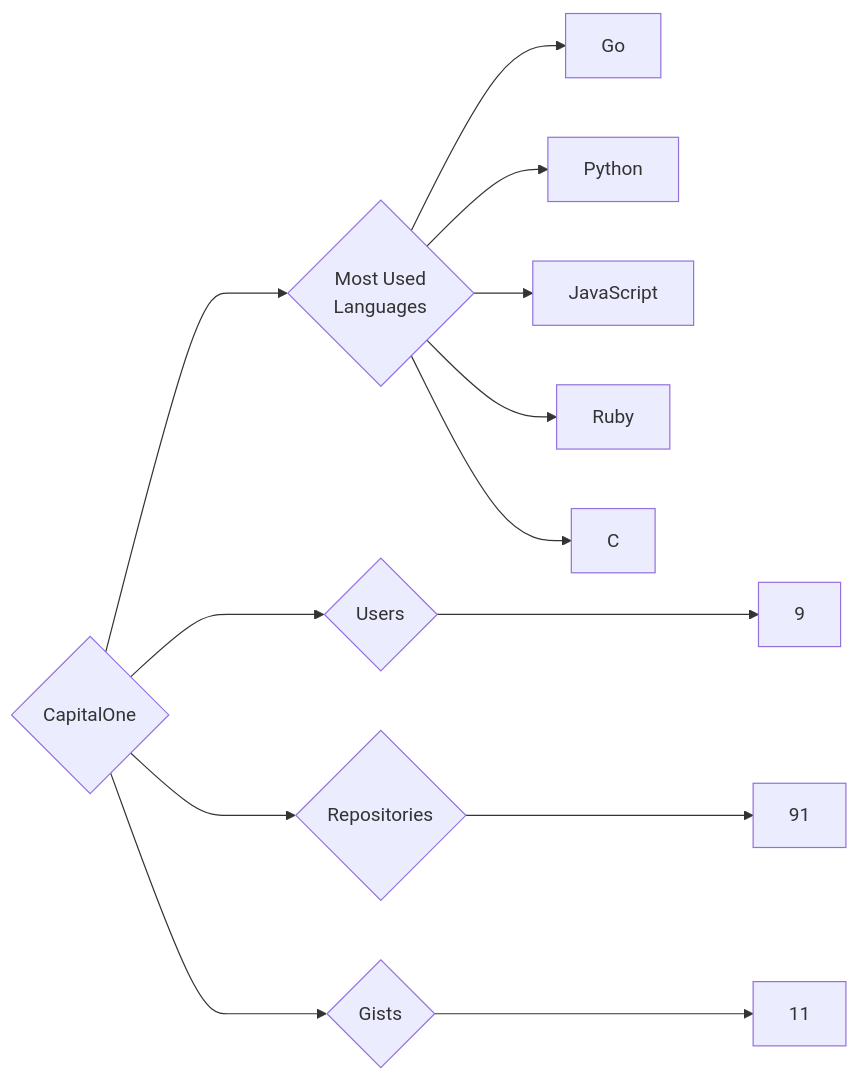
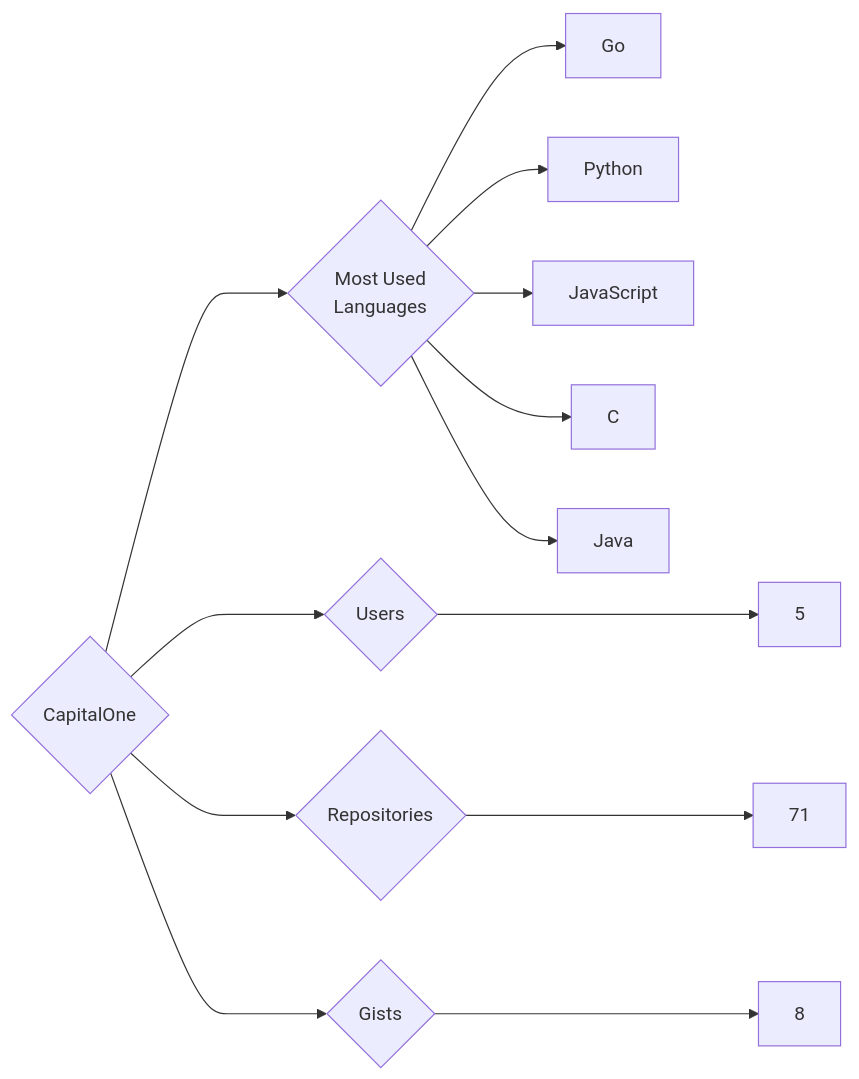
Before and after one commit to trickest/insiders: the diagram in targets/CapitalOne/README.md, drawn with Mermaid. The commit also changed 965 other files, not shown here.

````diff
--- a/targets/CapitalOne/README.md
+++ b/targets/CapitalOne/README.md
@@ -3,13 +3,13 @@
 ```mermaid
 graph LR
 COMPANY_NAME{CapitalOne}
-COMPANY_NAME ---> U{Users} ---> UN[9]
-COMPANY_NAME ---> R{Repositories} ---> RN[91]
-COMPANY_NAME ---> G{Gists} ---> GN[11]
+COMPANY_NAME ---> U{Users} ---> UN[5]
+COMPANY_NAME ---> R{Repositories} ---> RN[71]
+COMPANY_NAME ---> G{Gists} ---> GN[8]
 COMPANY_NAME ---> ML{Most Used<br>Languages}
 ML --> Go[Go]
 ML --> Python[Python]
 ML --> JavaScript[JavaScript]
-ML --> Ruby[Ruby]
 ML --> C[C]
+ML --> Java[Java]
 ```
````
